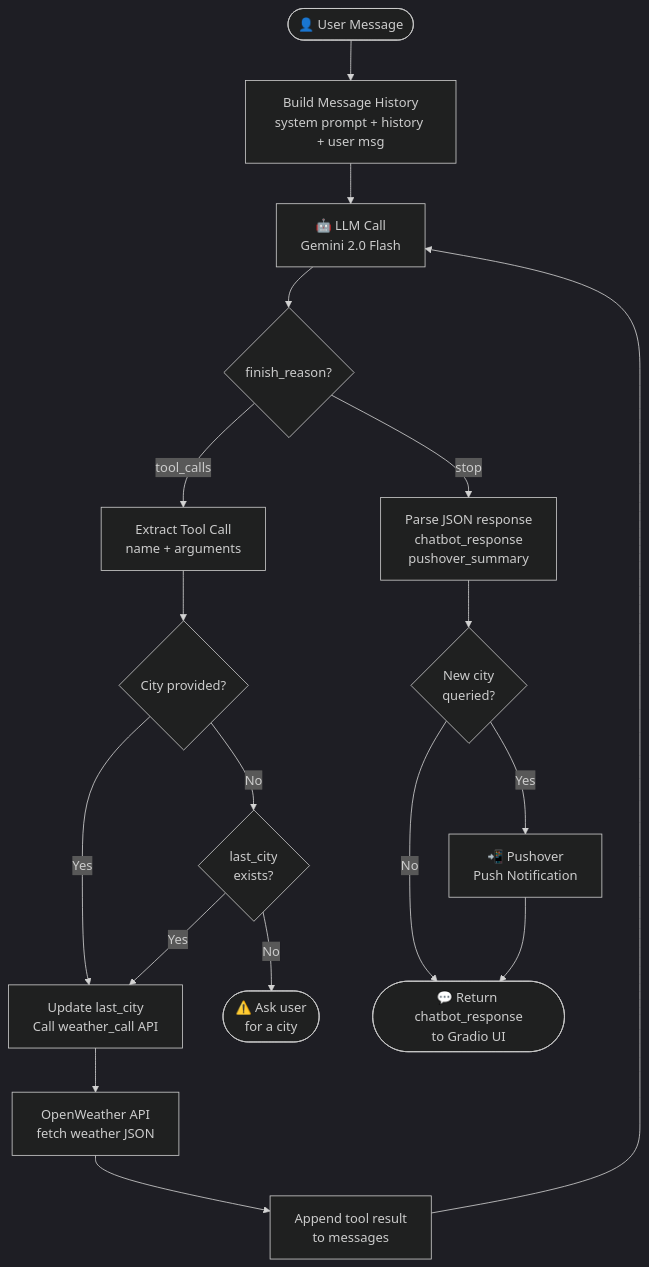
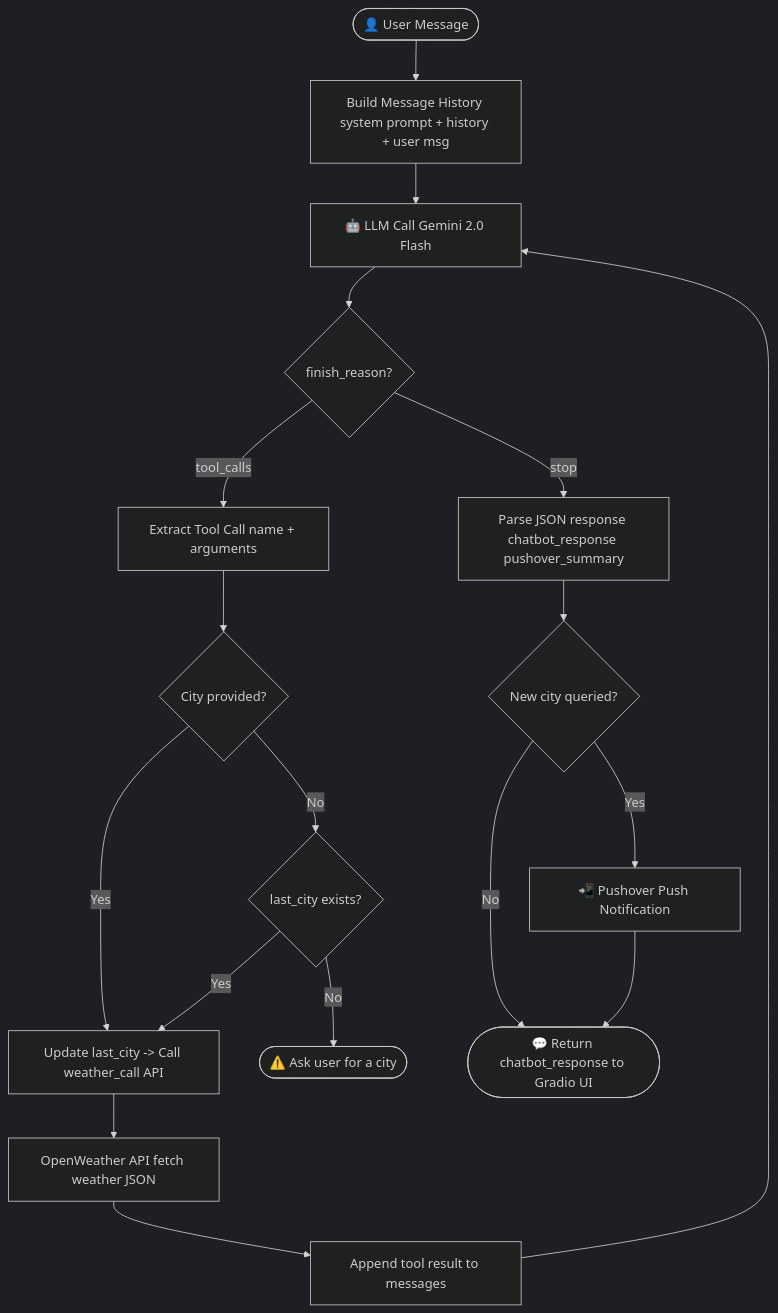
One commit to soumil2334/Weather-Chatbot changed the diagram in README.md. Above: the diagram before and after it, drawn with Mermaid (dark theme).

Commit message:
Changes Committed

````diff
--- a/README.md
+++ b/README.md
@@ -52,27 +52,27 @@
 ```mermaid
 flowchart TD
-    A([👤 User Message]) --> B[Build Message History\nsystem prompt + history + user msg]
-    B --> C[🤖 LLM Call\nGemini 2.0 Flash]
+    A([👤 User Message]) --> B[Build Message History system prompt + history + user msg]
+    B --> C[🤖 LLM Call Gemini 2.0 Flash]
 
     C --> D{finish_reason?}
 
-    D -- tool_calls --> E[Extract Tool Call\nname + arguments]
+    D -- tool_calls --> E[Extract Tool Call name + arguments]
     E --> F{City provided?}
 
-    F -- Yes --> G[Update last_city\nCall weather_call API]
-    F -- No --> H{last_city\nexists?}
+    F -- Yes --> G[Update last_city -> Call weather_call API]
+    F -- No --> H{last_city exists?}
 
     H -- Yes --> G
-    H -- No --> I([⚠️ Ask user\nfor a city])
+    H -- No --> I([⚠️ Ask user for a city])
 
-    G --> J[OpenWeather API\nfetch weather JSON]
-    J --> K[Append tool result\nto messages]
+    G --> J[OpenWeather API fetch weather JSON]
+    J --> K[Append tool result to messages]
     K --> C
 
-    D -- stop --> L[Parse JSON response\nchatbot_response\npushover_summary]
+    D -- stop --> L[Parse JSON response chatbot_response pushover_summary]
 
-    L --> M{New city\nqueried?}
-    M -- Yes --> N[📲 Pushover\nPush Notification]
+    L --> M{New city queried?}
+    M -- Yes --> N[📲 Pushover Push Notification]
     M -- No --> O
-    N --> O([💬 Return chatbot_response\nto Gradio UI])
+    N --> O([💬 Return chatbot_response to Gradio UI])
 ```
````
